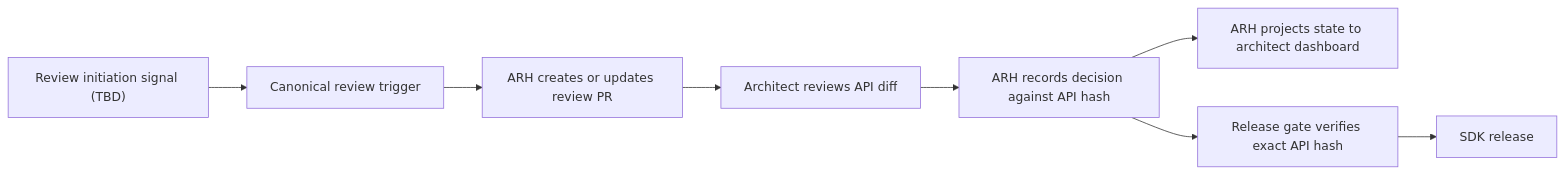
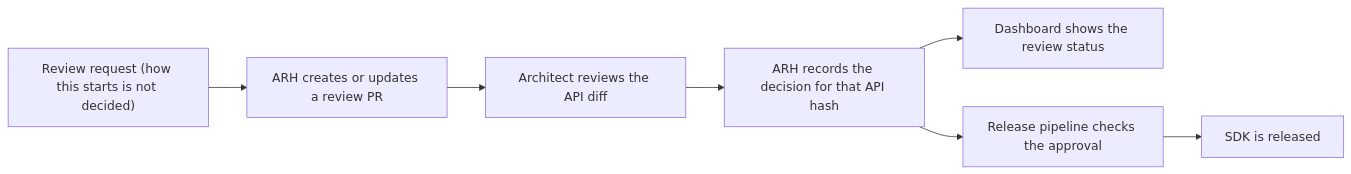
Before and after one commit to danfiedler-msft/azure-sdk-tools: the diagram in tools/azsdk-cli/docs/specs/8-operations-architect-review-workflow.spec.md, drawn with Mermaid. The commit also changed other lines of this file, not shown here.

First line of the commit message:
Refine ARH design decisions

````diff
--- a/tools/azsdk-cli/docs/specs/8-operations-architect-review-workflow.spec.md
+++ b/tools/azsdk-cli/docs/specs/8-operations-architect-review-workflow.spec.md
@@ -25,10 +22,10 @@
 ```mermaid
 flowchart LR
-    START["Review initiation signal (TBD)"] --> REQUEST["Canonical review trigger"]
-    REQUEST --> ARH["ARH creates or updates review PR"]
-    ARH --> REVIEW["Architect reviews API diff"]
-    REVIEW --> RECORD["ARH records decision against API hash"]
-    RECORD --> BOARD["ARH projects state to architect dashboard"]
-    RECORD --> GATE["Release gate verifies exact API hash"]
-    GATE --> RELEASE["SDK release"]
+    START["Review request (how this starts is not decided)"]
+    START --> ARH["ARH creates or updates a review PR"]
+    ARH --> REVIEW["Architect reviews the API diff"]
+    REVIEW --> RECORD["ARH records the decision for that API hash"]
+    RECORD --> BOARD["Dashboard shows the review status"]
+    RECORD --> GATE["Release pipeline checks the approval"]
+    GATE --> RELEASE["SDK is released"]
 ```
````
